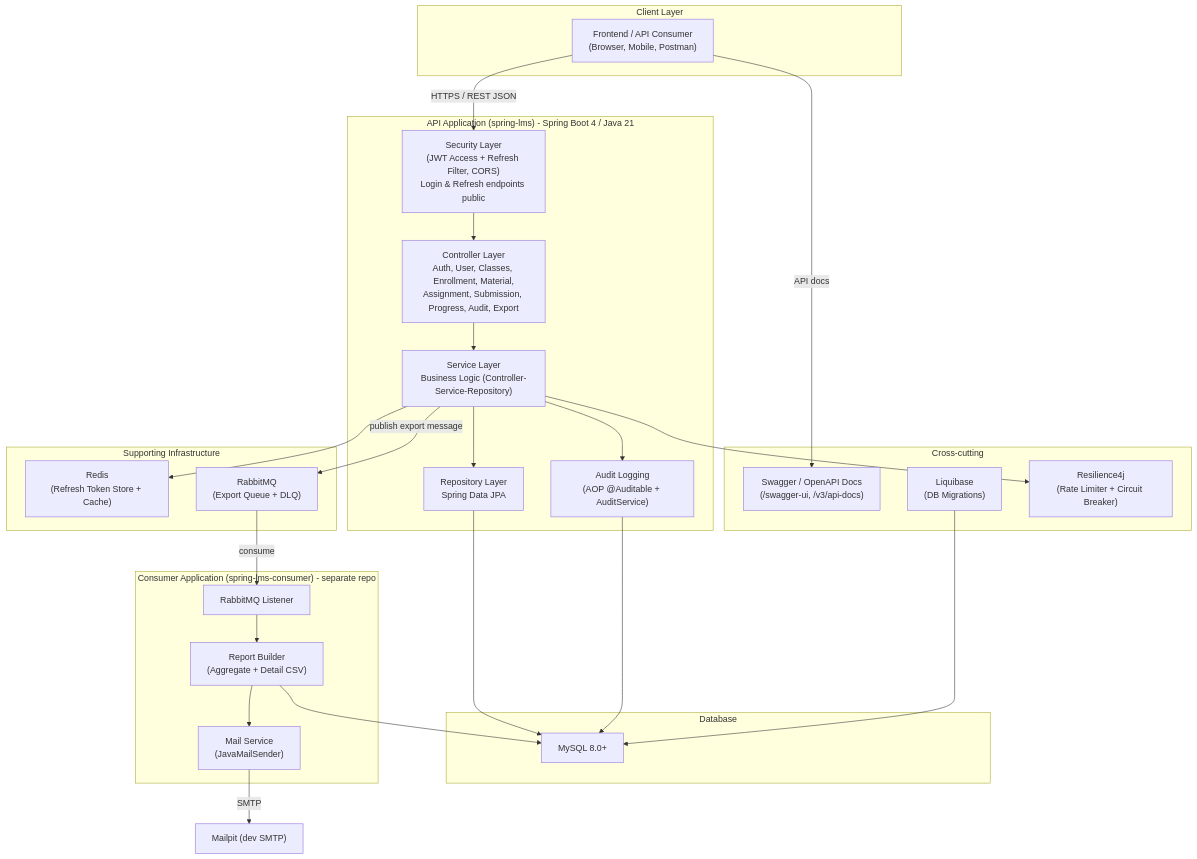
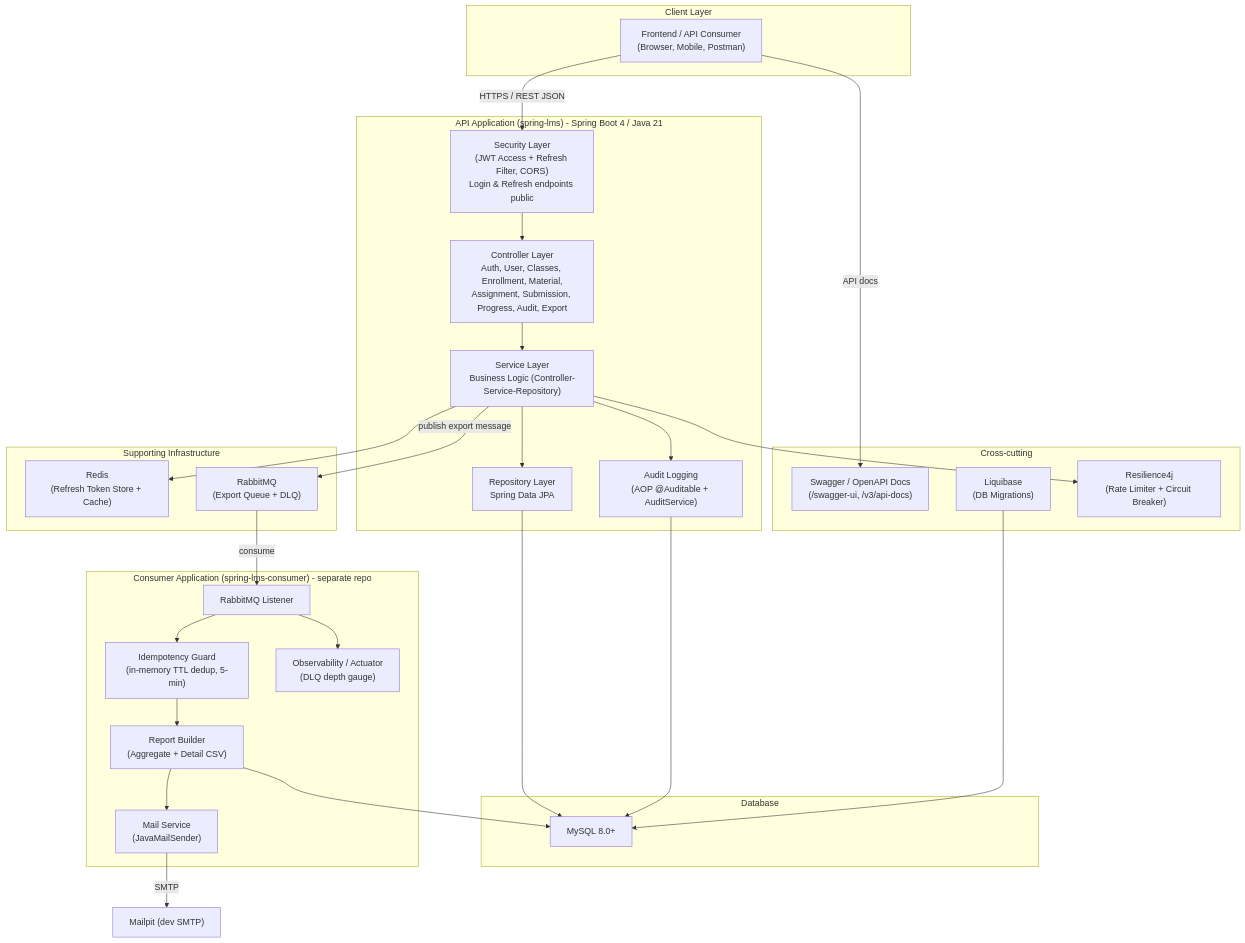
The first of 3 diagrams in docs/architecture.md (Qiraht/spring-lms), drawn with Mermaid before and after one commit. The commit also changed other lines of this file and 4 other files, not shown here.

````diff
--- a/docs/architecture.md
+++ b/docs/architecture.md
@@ -12,53 +12,57 @@
 ```mermaid
 graph TB
-    subgraph Client["Client Layer"]
-        FE["Frontend / API Consumer\n(Browser, Mobile, Postman)"]
-    end
+  subgraph Client["Client Layer"]
+    FE["Frontend / API Consumer\n(Browser, Mobile, Postman)"]
+  end
 
-    subgraph API["API Application (spring-lms) - Spring Boot 4 / Java 21"]
-        SEC["Security Layer\n(JWT Access + Refresh Filter, CORS)\nLogin & Refresh endpoints public"]
-        CTRL["Controller Layer\nAuth, User, Classes, Enrollment, Material,\nAssignment, Submission, Progress, Audit, Export"]
-        SVC["Service Layer\nBusiness Logic (Controller-Service-Repository)"]
-        REPO["Repository Layer\nSpring Data JPA"]
-        AUDIT["Audit Logging\n(AOP @Auditable + AuditService)"]
-    end
+  subgraph API["API Application (spring-lms) - Spring Boot 4 / Java 21"]
+    SEC["Security Layer\n(JWT Access + Refresh Filter, CORS)\nLogin & Refresh endpoints public"]
+    CTRL["Controller Layer\nAuth, User, Classes, Enrollment, Material,\nAssignment, Submission, Progress, Audit, Export"]
+    SVC["Service Layer\nBusiness Logic (Controller-Service-Repository)"]
+    REPO["Repository Layer\nSpring Data JPA"]
+    AUDIT["Audit Logging\n(AOP @Auditable + AuditService)"]
+  end
 
-    subgraph Infra["Supporting Infrastructure"]
-        REDIS["Redis\n(Refresh Token Store + Cache)"]
-        RABBIT["RabbitMQ\n(Export Queue + DLQ)"]
-    end
+  subgraph Infra["Supporting Infrastructure"]
+    REDIS["Redis\n(Refresh Token Store + Cache)"]
+    RABBIT["RabbitMQ\n(Export Queue + DLQ)"]
+  end
 
   subgraph DB["Database"]
     MYSQL["MySQL 8.0+"]
   end
 
-    subgraph Consumer["Consumer Application (spring-lms-consumer) - separate repo"]
-        LISTENER["RabbitMQ Listener"]
-        REPORT["Report Builder\n(Aggregate + Detail CSV)"]
-        MAIL["Mail Service\n(JavaMailSender)"]
-    end
+  subgraph Consumer["Consumer Application (spring-lms-consumer) - separate repo"]
+    LISTENER["RabbitMQ Listener"]
+    REPORT["Report Builder\n(Aggregate + Detail CSV)"]
+    MAIL["Mail Service\n(JavaMailSender)"]
+    IDEMP["Idempotency Guard\n(in-memory TTL dedup, 5-min)"]
+    OBS["Observability / Actuator\n(DLQ depth gauge)"]
+  end
 
-    subgraph Support["Cross-cutting"]
-        SWAGGER["Swagger / OpenAPI Docs\n(/swagger-ui, /v3/api-docs)"]
-        LIQUIBASE["Liquibase\n(DB Migrations)"]
-        R4J["Resilience4j\n(Rate Limiter + Circuit Breaker)"]
-    end
+  subgraph Support["Cross-cutting"]
+    SWAGGER["Swagger / OpenAPI Docs\n(/swagger-ui, /v3/api-docs)"]
+    LIQUIBASE["Liquibase\n(DB Migrations)"]
+    R4J["Resilience4j\n(Rate Limiter + Circuit Breaker)"]
+  end
 
-    FE -->|"HTTPS / REST JSON"| SEC
-    SEC --> CTRL
-    CTRL --> SVC
-    SVC --> REPO
-    REPO --> MYSQL
-    SVC --> AUDIT
-    AUDIT --> MYSQL
-    LIQUIBASE --> MYSQL
-    SVC --> R4J
-    SVC --> REDIS
-    SVC -->|"publish export message"| RABBIT
-    RABBIT -->|"consume"| LISTENER
-    LISTENER --> REPORT
-    REPORT --> MYSQL
-    REPORT --> MAIL
-    MAIL -->|"SMTP"| MAILPIT["Mailpit (dev SMTP)"]
-    FE -->|"API docs"| SWAGGER
+  FE -->|"HTTPS / REST JSON"| SEC
+  SEC --> CTRL
+  CTRL --> SVC
+  SVC --> REPO
+  REPO --> MYSQL
+  SVC --> AUDIT
+  AUDIT --> MYSQL
+  LIQUIBASE --> MYSQL
+  SVC --> R4J
+  SVC --> REDIS
+  SVC -->|"publish export message"| RABBIT
+  RABBIT -->|"consume"| LISTENER
+  LISTENER --> IDEMP
+  IDEMP --> REPORT
+  REPORT --> MYSQL
+  REPORT --> MAIL
+  LISTENER --> OBS
+  MAIL -->|"SMTP"| MAILPIT["Mailpit (dev SMTP)"]
+  FE -->|"API docs"| SWAGGER
 ```
````
